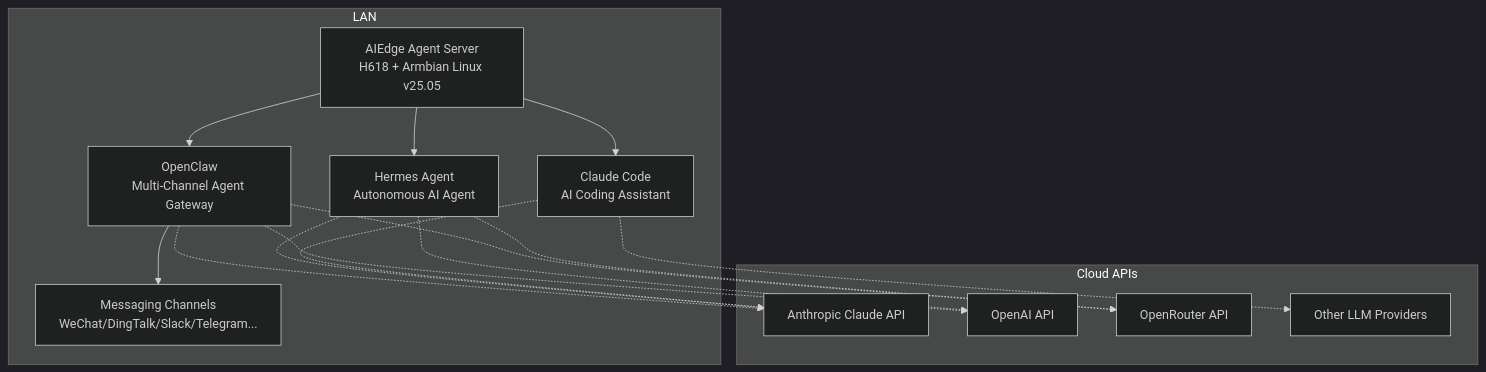
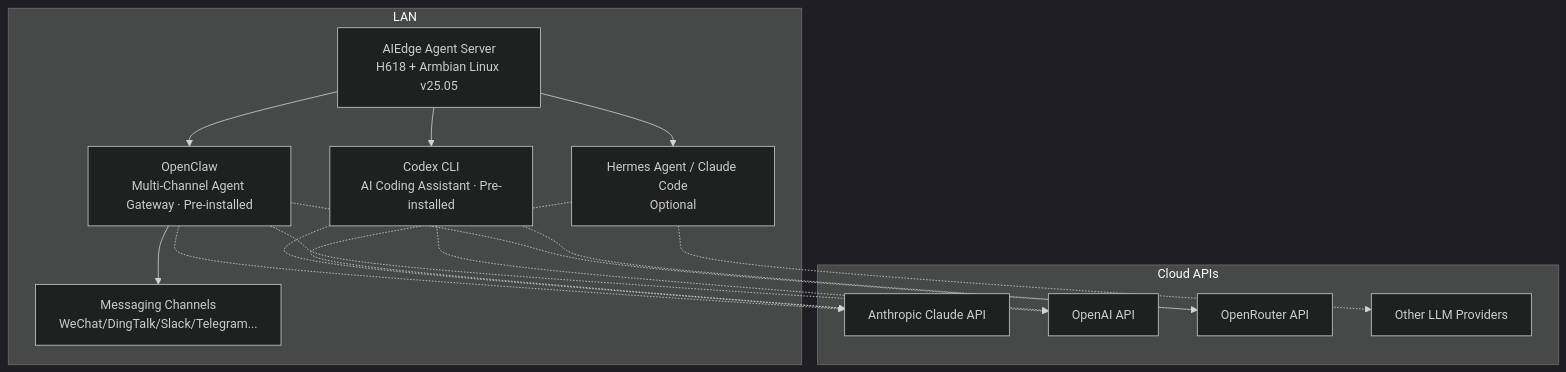
One commit to IntronBio/wiki changed the diagram in docs/index.en.md. Above: the diagram before and after it, drawn with Mermaid (dark theme). The commit also changed other lines of this file and 23 other files, not shown here.

First line of the commit message:
docs: 调整预装软件为 OpenClaw + Codex CLI

````diff
--- a/docs/index.en.md
+++ b/docs/index.en.md
@@ -92,24 +92,24 @@
 ```mermaid
 graph TD
     subgraph LAN
         A[AIEdge Agent Server<br/>H618 + Armbian Linux v25.05]
-        A --> B[OpenClaw<br/>Multi-Channel Agent Gateway]
-        A --> C[Hermes Agent<br/>Autonomous AI Agent]
-        A --> D[Claude Code<br/>AI Coding Assistant]
+        A --> B[OpenClaw<br/>Multi-Channel Agent Gateway · Pre-installed]
+        A --> C[Codex CLI<br/>AI Coding Assistant · Pre-installed]
+        A --> D[Hermes Agent / Claude Code<br/>Optional]
         B --> E[Messaging Channels<br/>WeChat/DingTalk/Slack/Telegram...]
     end
     subgraph Cloud APIs
         F[Anthropic Claude API]
         G[OpenAI API]
         H[OpenRouter API]
         I[Other LLM Providers]
     end
     B -.-> F
     B -.-> G
     B -.-> H
     C -.-> F
     C -.-> G
     C -.-> H
     D -.-> F
     D -.-> I
 ```
````
